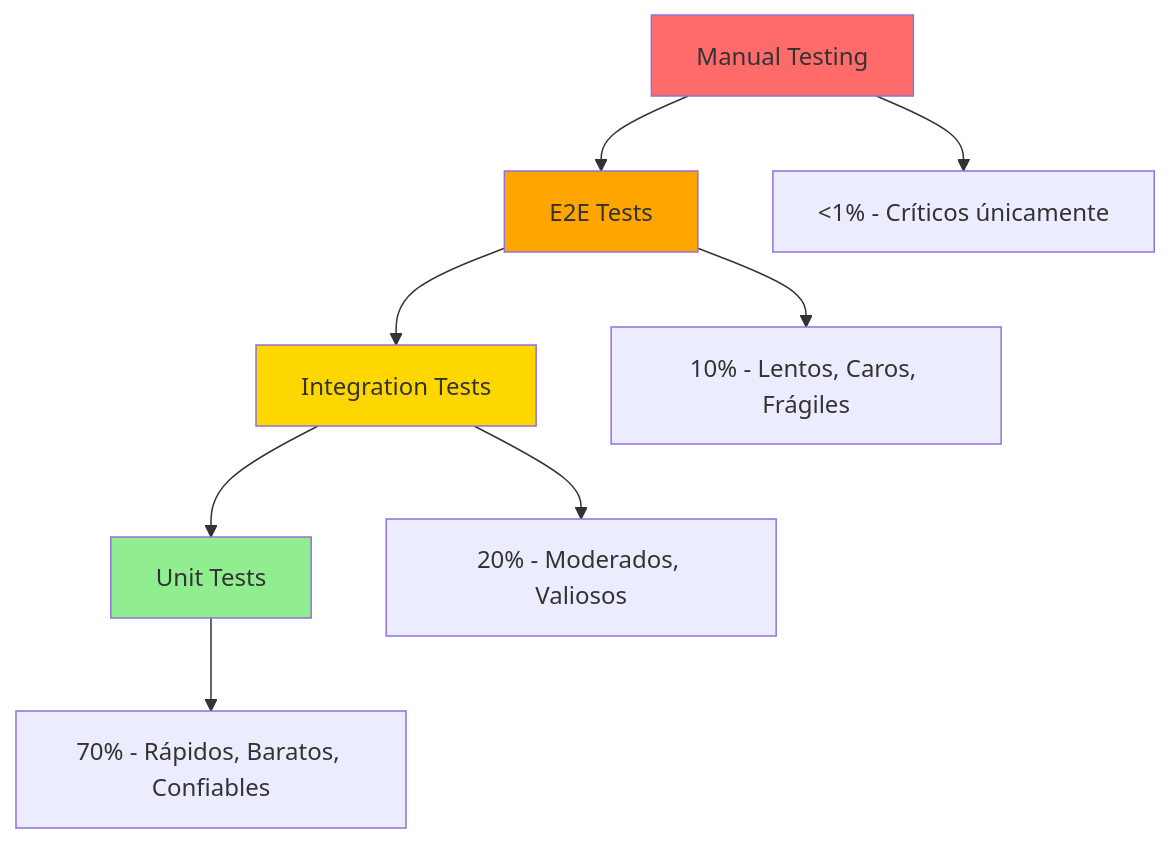
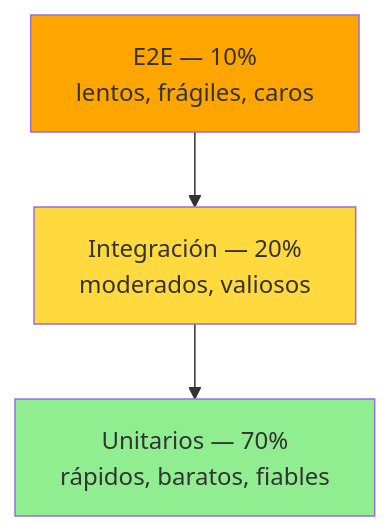
Before and after one commit to pabpereza/pabpereza: the diagram in docs/cursos/devops/303.Testing.md, drawn with Mermaid. The commit also changed other lines of this file and 39 other files, not shown here.

````diff
--- a/docs/cursos/devops/303.Testing.md
+++ b/docs/cursos/devops/303.Testing.md
@@ -17,16 +37,9 @@
 ```mermaid
 graph TB
-    A[Manual Testing] --> B[E2E Tests]
-    B --> C[Integration Tests]
-    C --> D[Unit Tests]
-    
-    style D fill:#90EE90
-    style C fill:#FFD700
-    style B fill:#FFA500
-    style A fill:#FF6B6B
-    
-    D --> E["70% - Rápidos, Baratos, Confiables"]
-    C --> F["20% - Moderados, Valiosos"]
-    B --> G["10% - Lentos, Caros, Frágiles"]
-    A --> H["<1% - Críticos únicamente"]
+    A["E2E — 10%<br/>lentos, frágiles, caros"] --> B["Integración — 20%<br/>moderados, valiosos"]
+    B --> C["Unitarios — 70%<br/>rápidos, baratos, fiables"]
+
+    style C fill:#90EE90
+    style B fill:#FFD93D
+    style A fill:#FFA500
 ```
````
